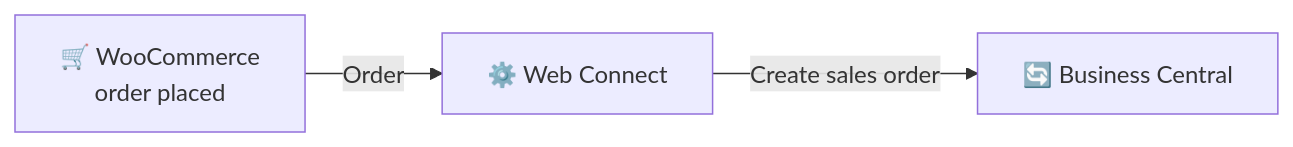
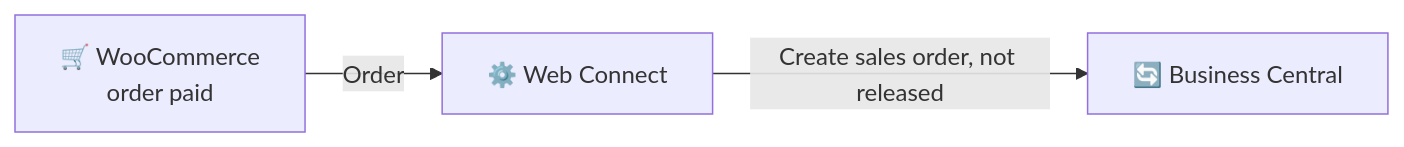
The second of 7 diagrams in docs/products/web-connect/integrations/woocommerce/overview.md (Combine-IT-ab/docs-general), drawn with Mermaid before and after one commit. The commit also changed other lines of this file and 6 other files, not shown here.

First line of the commit message:
WooCommerce: sex verifierade flöden från konfigexporten

````diff
--- a/docs/products/web-connect/integrations/woocommerce/overview.md
+++ b/docs/products/web-connect/integrations/woocommerce/overview.md
@@ -83,5 +93,5 @@
 ```mermaid
 flowchart LR
-    W["🛒 WooCommerce<br/>order placed"] -->|Order| WC["⚙️ Web Connect"]
-    WC -->|Create sales order| BC["🔄 Business Central"]
+    W["🛒 WooCommerce<br/>order paid"] -->|Order| WC["⚙️ Web Connect"]
+    WC -->|Create sales order, not released| BC["🔄 Business Central"]
 ```
````
